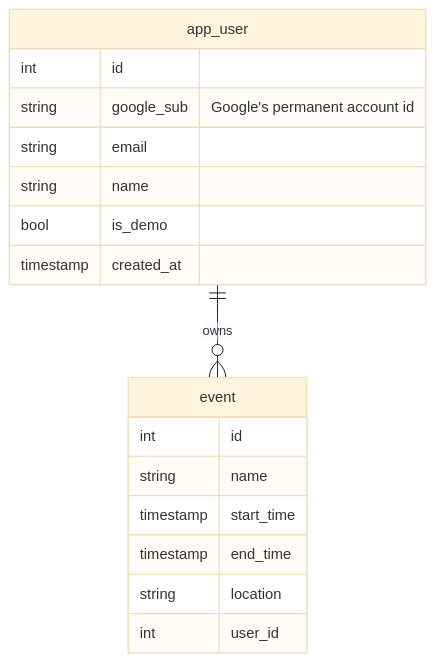
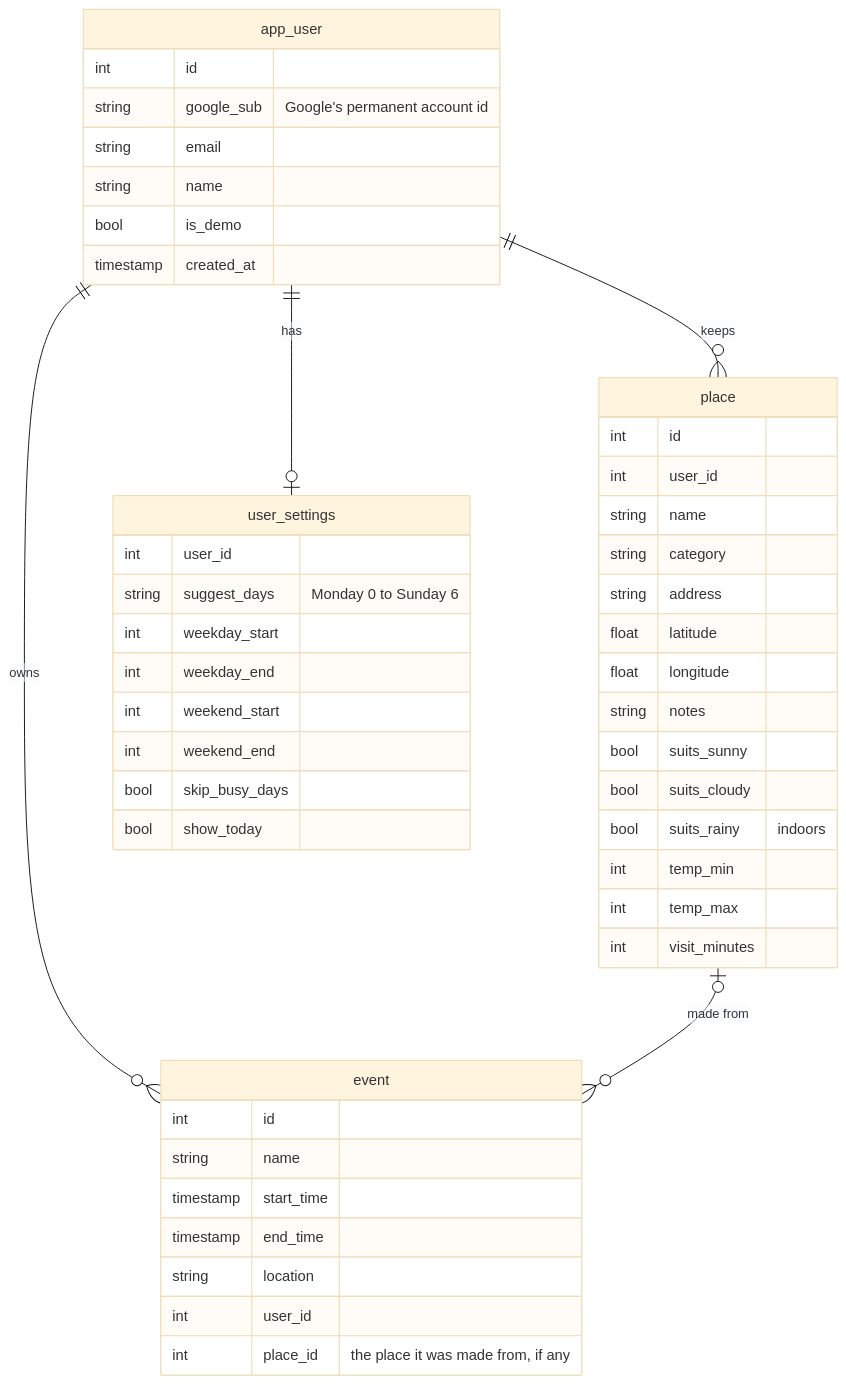
The diagram in README.md (cindracindra/weatherwise-planner), drawn with Mermaid (base theme) before and after one commit. The commit also changed other lines of this file and 11 other files, not shown here.

````diff
--- a/README.md
+++ b/README.md
@@ -62,20 +99,50 @@
 ```mermaid
 erDiagram
     app_user ||--o{ event : owns
+    app_user ||--o{ place : keeps
+    app_user ||--o| user_settings : has
+    place |o--o{ event : "made from"
     app_user {
         int id
         string google_sub "Google's permanent account id"
         string email
         string name
         bool is_demo
         timestamp created_at
     }
     event {
         int id
         string name
         timestamp start_time
         timestamp end_time
         string location
         int user_id
+        int place_id "the place it was made from, if any"
+    }
+    place {
+        int id
+        int user_id
+        string name
+        string category
+        string address
+        float latitude
+        float longitude
+        string notes
+        bool suits_sunny
+        bool suits_cloudy
+        bool suits_rainy "indoors"
+        int temp_min
+        int temp_max
+        int visit_minutes
+    }
+    user_settings {
+        int user_id
+        string suggest_days "Monday 0 to Sunday 6"
+        int weekday_start
+        int weekday_end
+        int weekend_start
+        int weekend_end
+        bool skip_busy_days
+        bool show_today
     }
 ```
````
